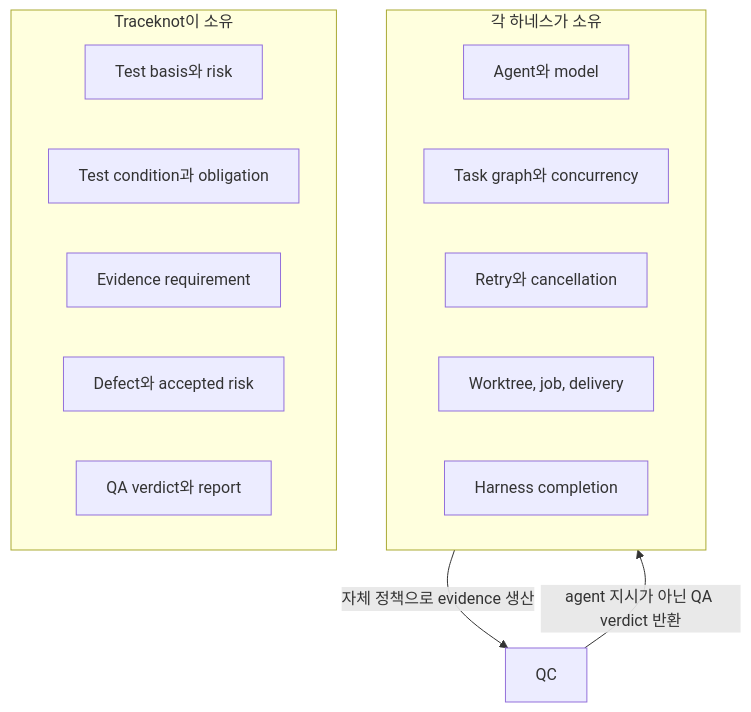
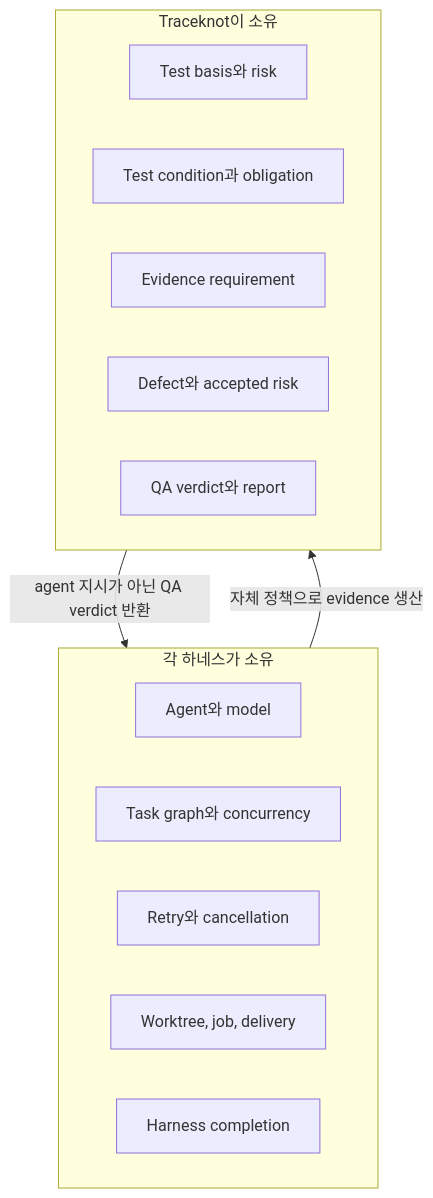
Before and after one commit to Jin-Doh/traceknot: the second of 3 diagrams in README.ko.md, drawn with Mermaid. The commit also changed other lines of this file and 3 other files, not shown here.

````diff
--- a/README.ko.md
+++ b/README.ko.md
@@ -67,21 +99,21 @@
 ```mermaid
 flowchart TB
     subgraph Harness[각 하네스가 소유]
       HA[Agent와 model]
       HT[Task graph와 concurrency]
       HR[Retry와 cancellation]
       HW[Worktree, job, delivery]
       HC[Harness completion]
     end
 
     subgraph TK[Traceknot이 소유]
       QB[Test basis와 risk]
       QP[Test condition과 obligation]
       QE[Evidence requirement]
       QD[Defect와 accepted risk]
       QV[QA verdict와 report]
     end
 
-    Harness -->|자체 정책으로 evidence 생산| QC
-    QC -->|agent 지시가 아닌 QA verdict 반환| Harness
+    Harness -->|자체 정책으로 evidence 생산| TK
+    TK -->|agent 지시가 아닌 QA verdict 반환| Harness
 ```
````
